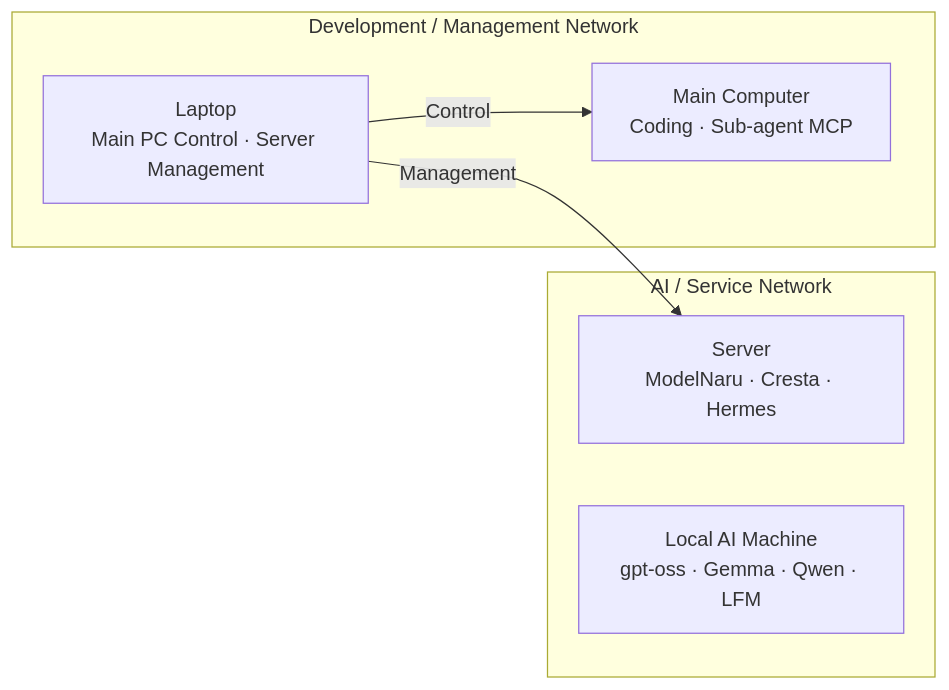
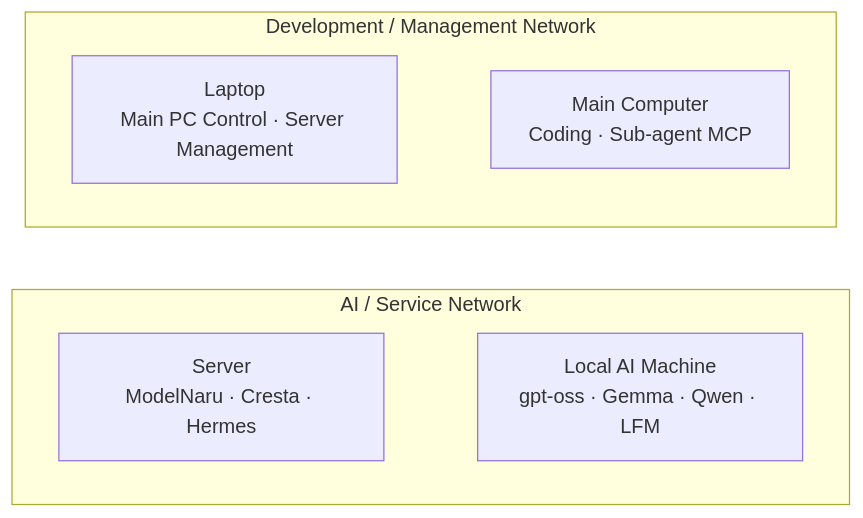
One commit to totjae/portfolio changed the diagram in README.md. Above: the diagram before and after it, drawn with Mermaid.

Commit message:
Unify infrastructure diagram layout

````diff
--- a/README.md
+++ b/README.md
@@ -33,15 +33,16 @@
 ```mermaid
 flowchart LR
     subgraph NET_A["AI / Service Network"]
+        direction LR
         SERVER["Server<br/>ModelNaru · Cresta · Hermes"]
         LOCAL_AI["Local AI Machine<br/>gpt-oss · Gemma · Qwen · LFM"]
+        SERVER ~~~ LOCAL_AI
     end
 
     subgraph NET_B["Development / Management Network"]
+        direction LR
         LAPTOP["Laptop<br/>Main PC Control · Server Management"]
         MAIN_PC["Main Computer<br/>Coding · Sub-agent MCP"]
+        LAPTOP ~~~ MAIN_PC
     end
-
-    LAPTOP -->|Control| MAIN_PC
-    LAPTOP -->|Management| SERVER
 ```
````
